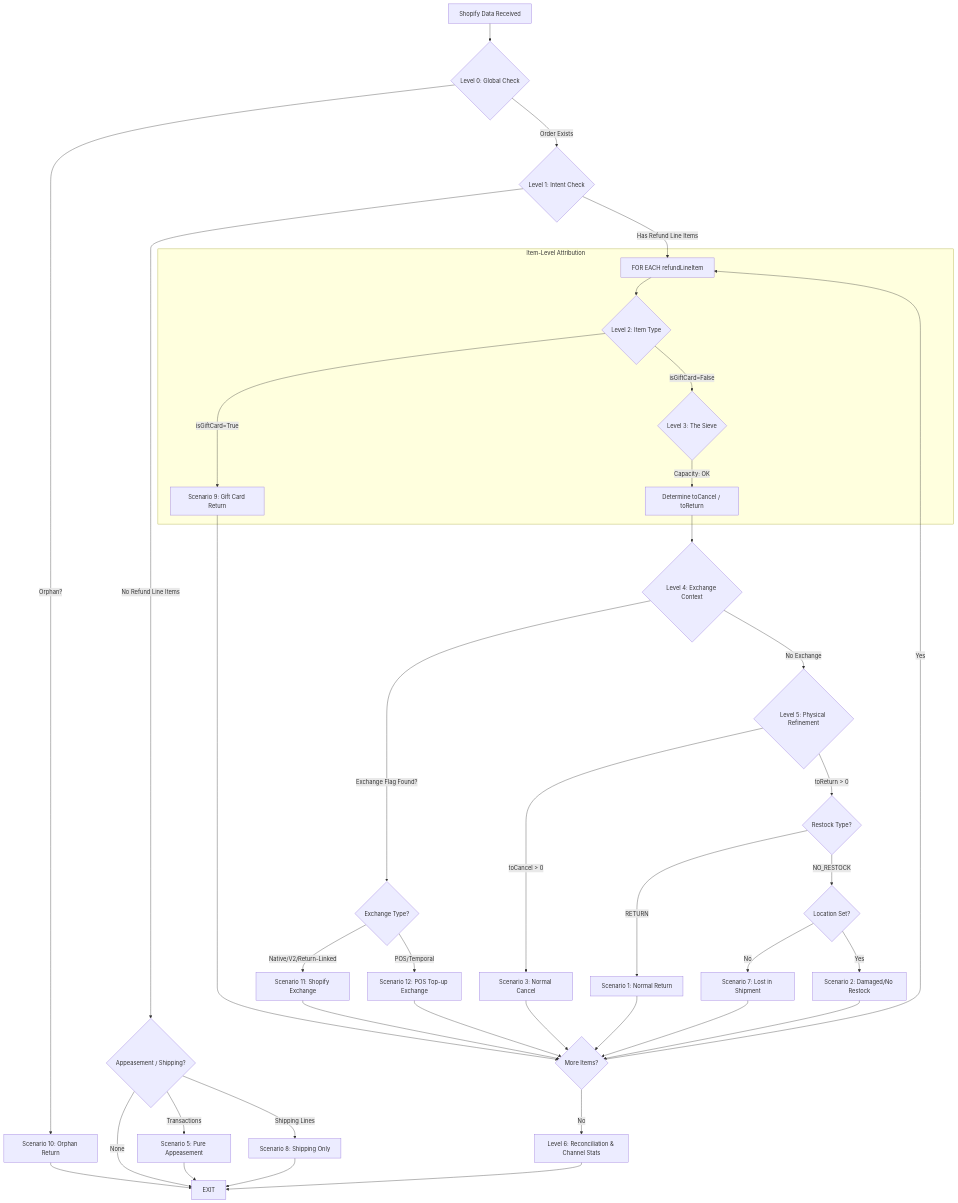
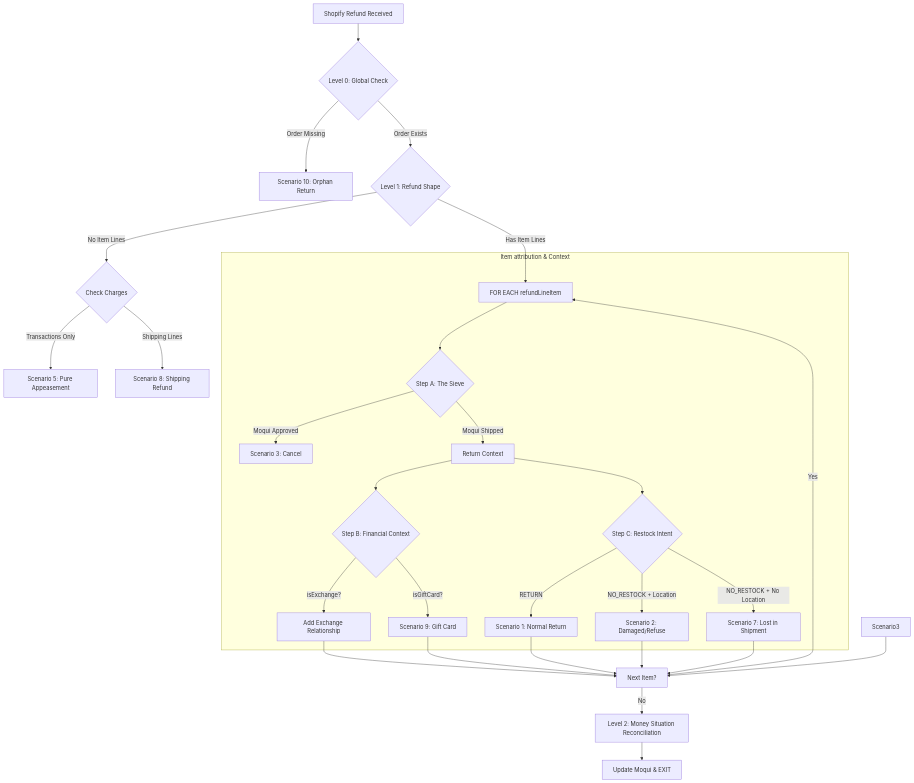
Before and after one commit to hotwax/mantle-shopify-connector: the diagram in docs/returns_refunds_decision_tree.md, drawn with Mermaid. The commit also changed other lines of this file, not shown here.

Commit message:
Restart decision tree from scratch with clean, decoupled architecture

````diff
--- a/docs/returns_refunds_decision_tree.md
+++ b/docs/returns_refunds_decision_tree.md
@@ -7,54 +7,39 @@
 ```mermaid
 graph TD
-    Start[Shopify Data Received] --> L0{Level 0: Global Check}
+    Start[Shopify Refund Received] --> L0{Level 0: Global Check}
     
-    L0 -->|Orphan?| Scenario10[Scenario 10: Orphan Return]
-    Scenario10 --> Exit[EXIT]
+    L0 -->|Order Missing| Scenario10[Scenario 10: Orphan Return]
+    L0 -->|Order Exists| L1{Level 1: Refund Shape}
     
-    L0 -->|Order Exists| L1{Level 1: Intent Check}
+    L1 -->|No Item Lines| L1_Sub{Check Charges}
+    L1_Sub -->|Transactions Only| Scenario5[Scenario 5: Pure Appeasement]
+    L1_Sub -->|Shipping Lines| Scenario8[Scenario 8: Shipping Refund]
     
-    L1 -->|No Refund Line Items| L1_Sub{Appeasement / Shipping?}
-    L1_Sub -->|Transactions| Scenario5[Scenario 5: Pure Appeasement]
-    L1_Sub -->|Shipping Lines| Scenario8[Scenario 8: Shipping Only]
-    L1_Sub -->|None| Exit
-    Scenario5 --> Exit
-    Scenario8 --> Exit
-
-    L1 -->|Has Refund Line Items| LoopStart[FOR EACH refundLineItem]
+    L1 -->|Has Item Lines| Loop[FOR EACH refundLineItem]
     
-    subgraph ItemLevel[Item-Level Attribution]
-        LoopStart --> L2{Level 2: Item Type}
-        L2 -->|isGiftCard=True| Scenario9[Scenario 9: Gift Card Return]
+    subgraph Item_Attribution [Item attribution & Context]
+        Loop --> Sieve{Step A: The Sieve}
+        Sieve -->|Moqui Approved| S_Cancel[Scenario 3: Cancel]
+        Sieve -->|Moqui Shipped| S_Return[Return Context]
         
-        L2 -->|isGiftCard=False| L3{Level 3: The Sieve}
-        L3 -->|Capacity: OK| SieveRes[Determine toCancel / toReturn]
+        S_Return --> StepB{Step B: Financial Context}
+        StepB -->|isExchange?| X_Flag[Add Exchange Relationship]
+        StepB -->|isGiftCard?| Scenario9[Scenario 9: Gift Card]
+        
+        S_Return --> StepC{Step C: Restock Intent}
+        StepC -->|RETURN| Scenario1[Scenario 1: Normal Return]
+        StepC -->|NO_RESTOCK + Location| Scenario2[Scenario 2: Damaged/Refuse]
+        StepC -->|NO_RESTOCK + No Location| Scenario7[Scenario 7: Lost in Shipment]
     end
 
-    SieveRes --> L4{Level 4: Exchange Context}
+    Scenario1 --> Next[Next Item?]
+    Scenario2 --> Next
+    Scenario3 --> Next
+    Scenario7 --> Next
+    Scenario9 --> Next
+    X_Flag --> Next
     
-    L4 -->|Exchange Flag Found?| L4_Sub{Exchange Type?}
-    L4_Sub -->|Native/V2/Return-Linked| Scenario11[Scenario 11: Shopify Exchange]
-    L4_Sub -->|POS/Temporal| Scenario12[Scenario 12: POS Top-up Exchange]
-    
-    L4 -->|No Exchange| L5{Level 5: Physical Refinement}
-    
-    L5 -->|toCancel > 0| Scenario3[Scenario 3: Normal Cancel]
-    L5 -->|toReturn > 0| L5_Sub{Restock Type?}
-    
-    L5_Sub -->|RETURN| Scenario1[Scenario 1: Normal Return]
-    L5_Sub -->|NO_RESTOCK| L5_Cond{Location Set?}
-    L5_Cond -->|No| Scenario7[Scenario 7: Lost in Shipment]
-    L5_Cond -->|Yes| Scenario2[Scenario 2: Damaged/No Restock]
-
-    Scenario9 --> NextItem{More Items?}
-    Scenario11 --> NextItem
-    Scenario12 --> NextItem
-    Scenario3 --> NextItem
-    Scenario1 --> NextItem
-    Scenario7 --> NextItem
-    Scenario2 --> NextItem
-    
-    NextItem -->|Yes| LoopStart
-    NextItem -->|No| Recon[Level 6: Reconciliation & Channel Stats]
-    Recon --> Exit
+    Next -->|Yes| Loop
+    Next -->|No| Recon[Level 2: Money Situation Reconciliation]
+    Recon --> Exit[Update Moqui & EXIT]
 ```
````
